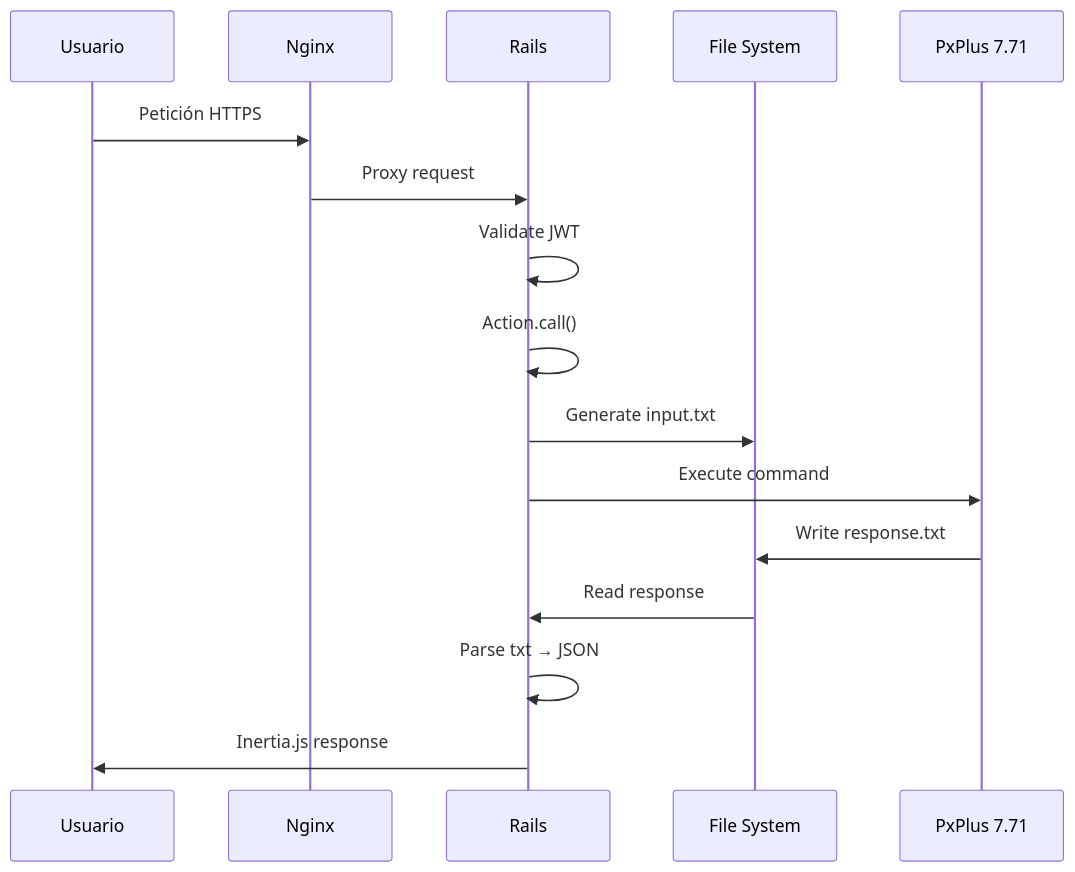
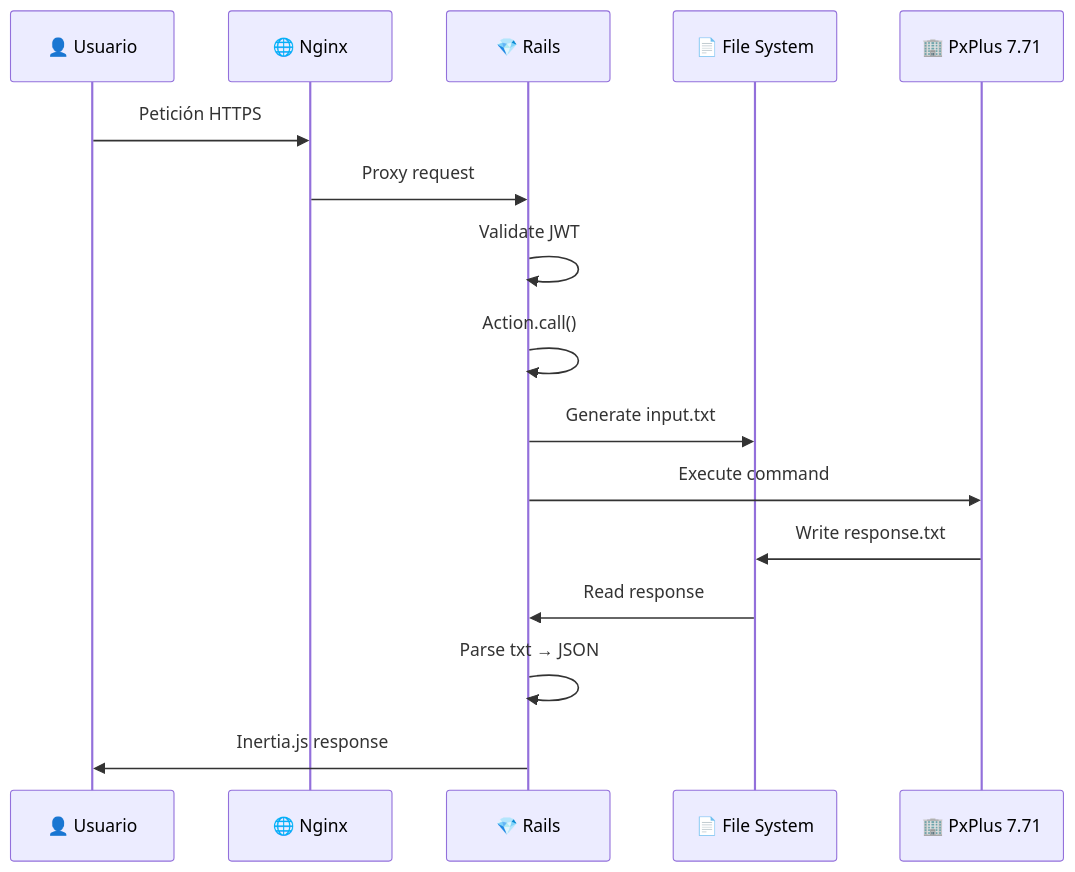
The second of 3 diagrams in diagramas/arquitectura-sistema.md (miguelfiguera/Propuesta-web-mariano), drawn with Mermaid before and after one commit. The commit also changed other lines of this file and 3 other files, not shown here.

First line of the commit message:
Consolidate documentation and finalize Mermaid diagrams

````diff
--- a/diagramas/arquitectura-sistema.md
+++ b/diagramas/arquitectura-sistema.md
@@ -41,19 +41,19 @@
 ```mermaid
 sequenceDiagram
-    participant U as Usuario
-    participant N as Nginx
-    participant R as Rails
-    participant F as File System
-    participant P as PxPlus 7.71
+    participant U as 👤 Usuario
+    participant N as 🌐 Nginx
+    participant R as 💎 Rails
+    participant F as 📄 File System
+    participant P as 🏢 PxPlus 7.71
     
     U->>N: Petición HTTPS
     N->>R: Proxy request
     R->>R: Validate JWT
     R->>R: Action.call()
     R->>F: Generate input.txt
     R->>P: Execute command
     P->>F: Write response.txt
     F->>R: Read response
     R->>R: Parse txt → JSON
     R->>U: Inertia.js response
 ```
````
